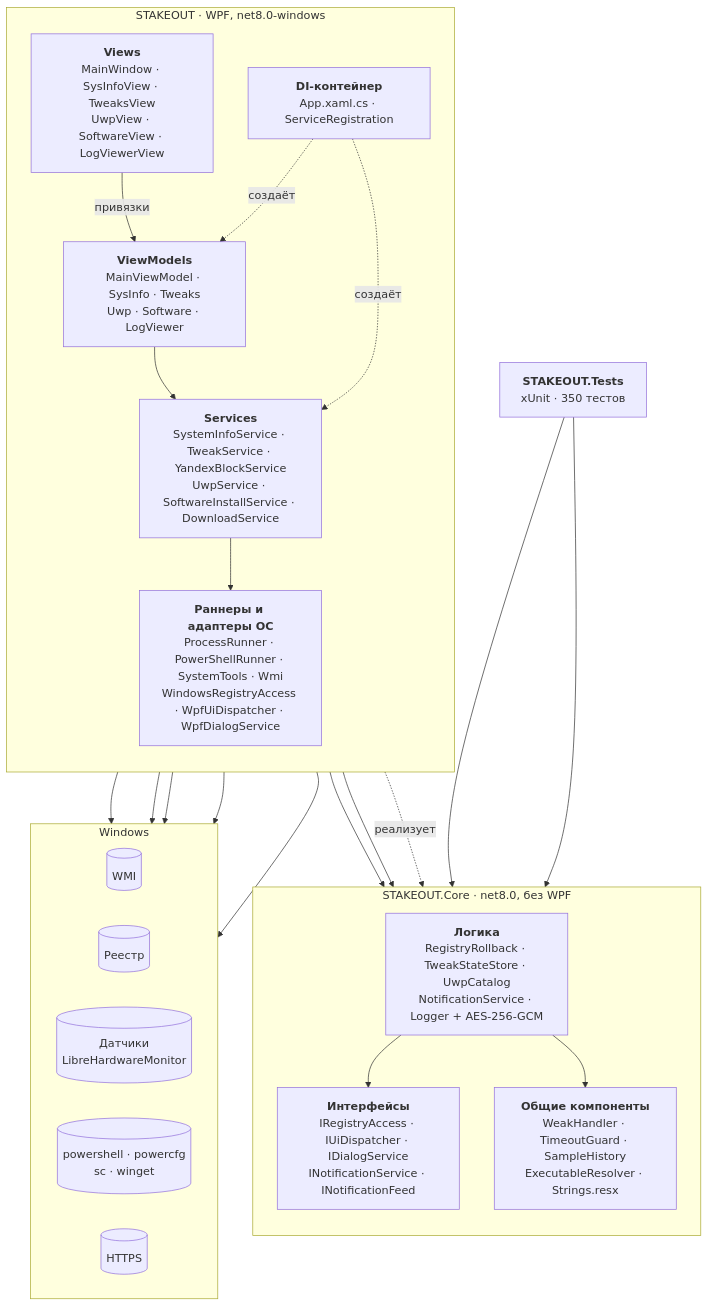
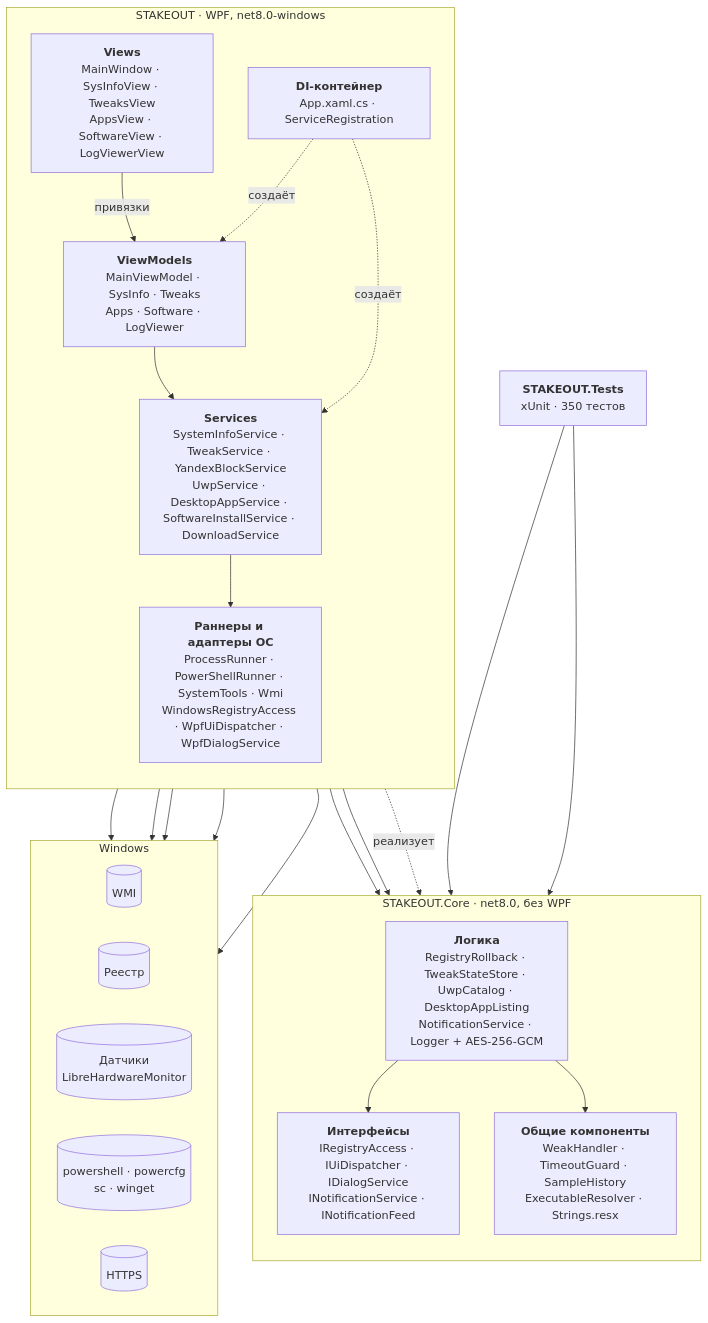
The first of 3 diagrams in README.md (WITTMANN88/first-pr-practice), drawn with Mermaid before and after one commit. The commit also changed other lines of this file and 30 other files, not shown here.

First line of the commit message:
Apps page: desktop (Win32) programs next to UWP packages

````diff
--- a/README.md
+++ b/README.md
@@ -184,47 +205,47 @@
 ```mermaid
 flowchart TB
     subgraph APP["STAKEOUT · WPF, net8.0-windows"]
         direction TB
-        V["<b>Views</b><br/>MainWindow · SysInfoView · TweaksView<br/>UwpView · SoftwareView · LogViewerView"]
-        VM["<b>ViewModels</b><br/>MainViewModel · SysInfo · Tweaks<br/>Uwp · Software · LogViewer"]
+        V["<b>Views</b><br/>MainWindow · SysInfoView · TweaksView<br/>AppsView · SoftwareView · LogViewerView"]
+        VM["<b>ViewModels</b><br/>MainViewModel · SysInfo · Tweaks<br/>Apps · Software · LogViewer"]
         DI["<b>DI-контейнер</b><br/>App.xaml.cs · ServiceRegistration"]
-        S["<b>Services</b><br/>SystemInfoService · TweakService · YandexBlockService<br/>UwpService · SoftwareInstallService · DownloadService"]
+        S["<b>Services</b><br/>SystemInfoService · TweakService · YandexBlockService<br/>UwpService · DesktopAppService · SoftwareInstallService · DownloadService"]
         R["<b>Раннеры и адаптеры ОС</b><br/>ProcessRunner · PowerShellRunner · SystemTools · Wmi<br/>WindowsRegistryAccess · WpfUiDispatcher · WpfDialogService"]
     end
 
     subgraph CORE["STAKEOUT.Core · net8.0, без WPF"]
         direction TB
         I["<b>Интерфейсы</b><br/>IRegistryAccess · IUiDispatcher · IDialogService<br/>INotificationService · INotificationFeed"]
-        L["<b>Логика</b><br/>RegistryRollback · TweakStateStore · UwpCatalog<br/>NotificationService · Logger + AES-256-GCM"]
+        L["<b>Логика</b><br/>RegistryRollback · TweakStateStore · UwpCatalog · DesktopAppListing<br/>NotificationService · Logger + AES-256-GCM"]
         U["<b>Общие компоненты</b><br/>WeakHandler · TimeoutGuard · SampleHistory<br/>ExecutableResolver · Strings.resx"]
     end
 
     subgraph WIN["Windows"]
         direction LR
         WMI[("WMI")]
         REG[("Реестр")]
         SEN[("Датчики<br/>LibreHardwareMonitor")]
         PS[("powershell · powercfg<br/>sc · winget")]
         NET[("HTTPS")]
     end
 
     T["<b>STAKEOUT.Tests</b><br/>xUnit · 350 тестов"]
 
     V -->|"привязки"| VM
     DI -.->|"создаёт"| VM
     DI -.->|"создаёт"| S
     VM --> S
     VM --> I
     S --> R
     S --> L
     L --> I
     L --> U
     R -.->|"реализует"| I
     R --> WMI
     R --> REG
     R --> PS
     S --> SEN
     S --> NET
     T --> L
     T --> U
 ```
````
